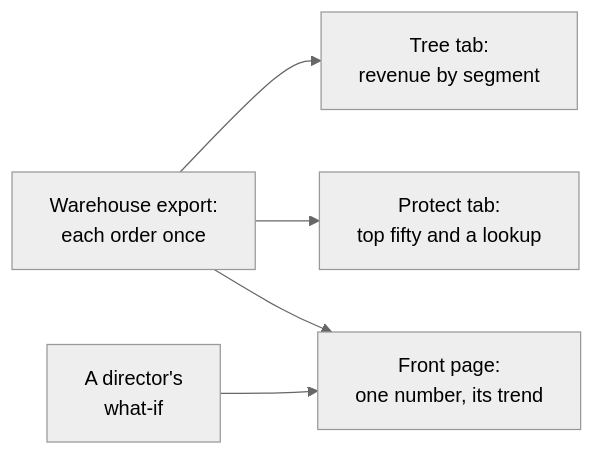
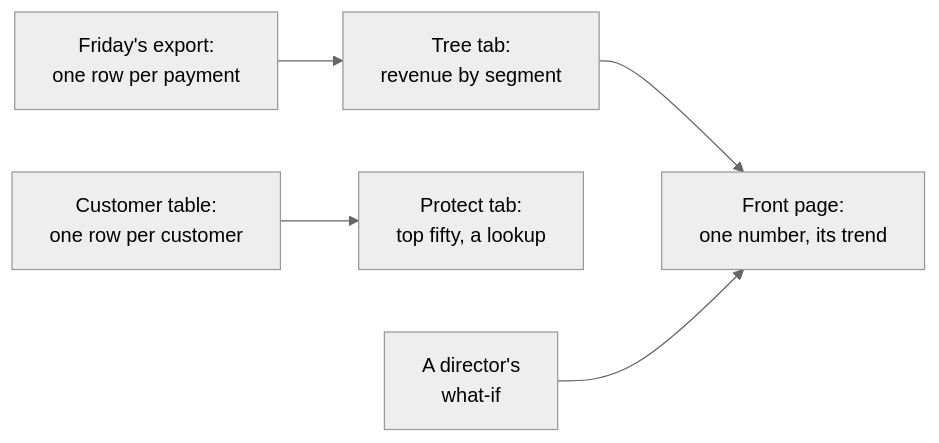
One commit to fde-academy-lab/c2-content-factory changed the fifth of 5 diagrams in content/W02/SAT/paper/C2_W02_SAT_recap_paper_STUDENT.md. Above: the diagram before and after it, drawn with Mermaid (neutral theme). The commit also changed other lines of this file and 7 other files, not shown here.

````diff
--- a/content/W02/SAT/paper/C2_W02_SAT_recap_paper_STUDENT.md
+++ b/content/W02/SAT/paper/C2_W02_SAT_recap_paper_STUDENT.md
@@ -447,7 +460,7 @@
 ```mermaid
 flowchart LR
-  W["Warehouse export:<br/>each order once"] --> T["Tree tab:<br/>revenue by segment"]
-  W --> P["Protect tab:<br/>top fifty and a lookup"]
-  W --> F["Front page:<br/>one number, its trend"]
+  E["Friday's export:<br/>one row per payment"] --> T["Tree tab:<br/>revenue by segment"]
+  C["Customer table:<br/>one row per customer"] --> P["Protect tab:<br/>top fifty, a lookup"]
+  T --> F["Front page:<br/>one number, its trend"]
   D["A director's<br/>what-if"] --> F
 ```
````
